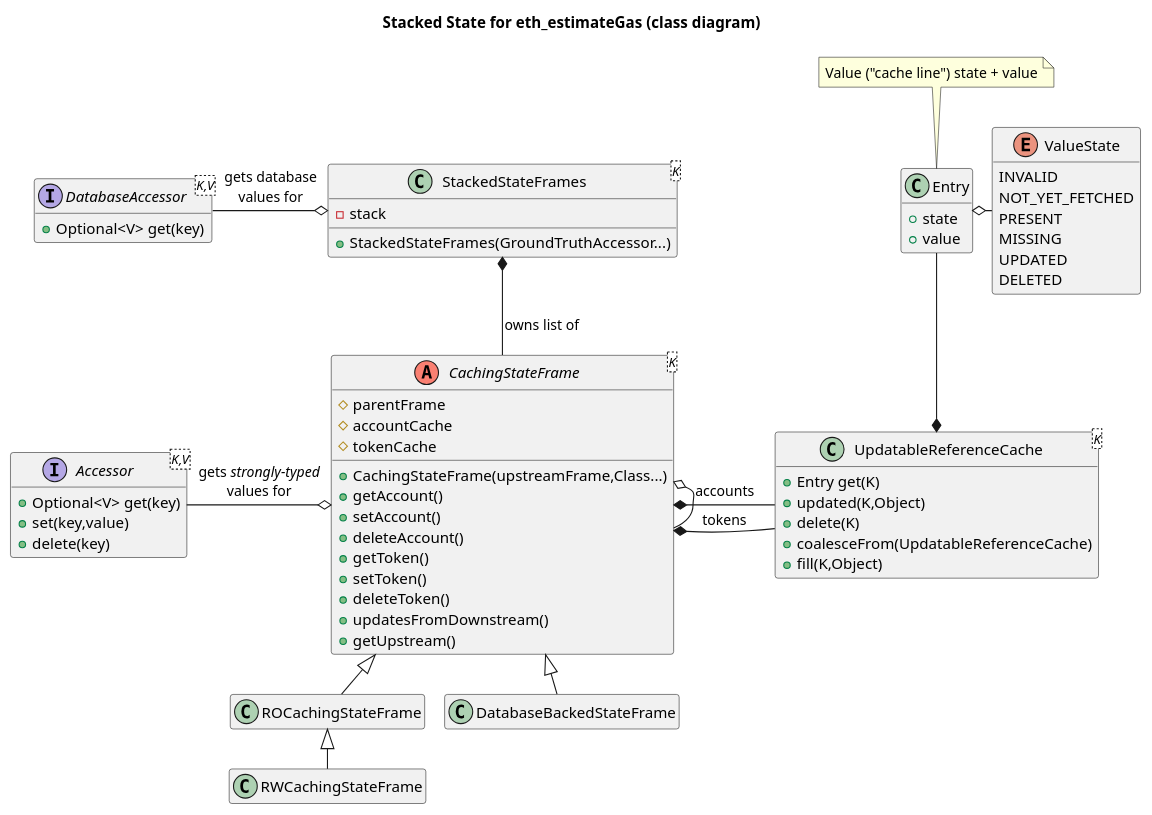
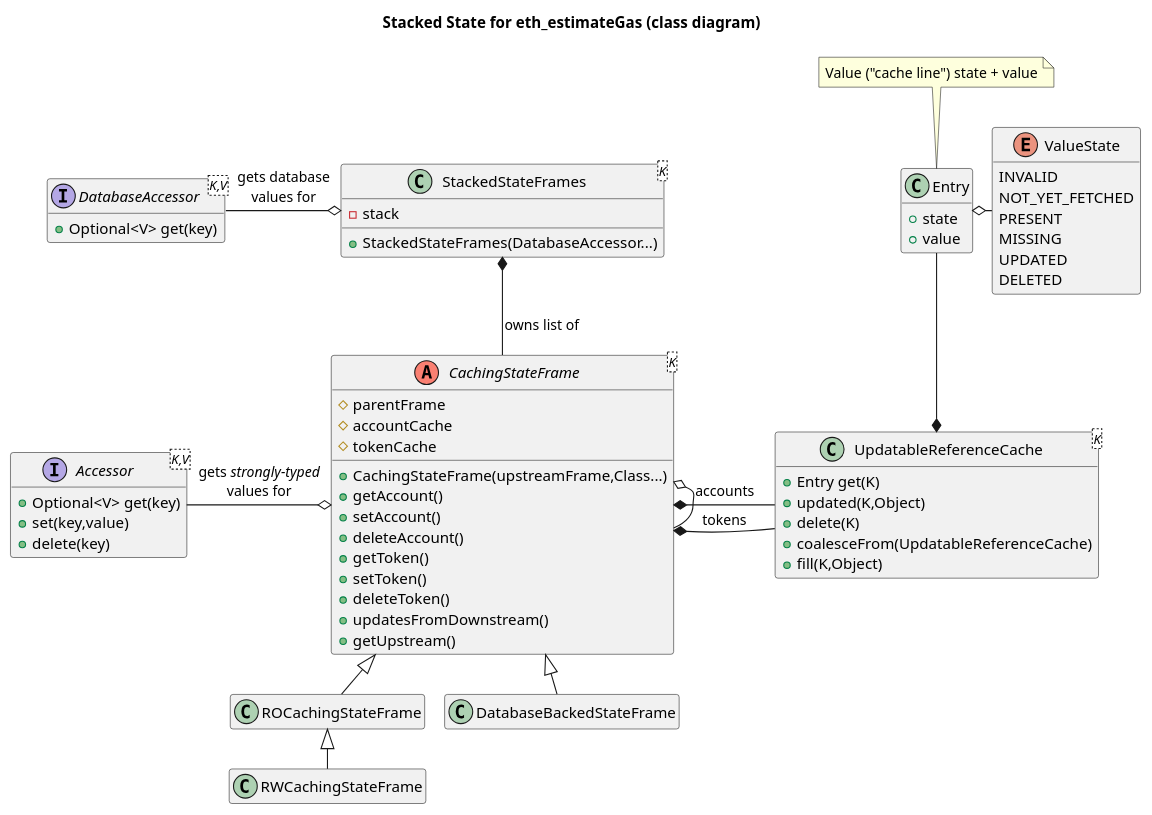
One commit to hashgraph/hedera-mirror-node changed the diagram in docs/design/images/ClassDiagram-StackedStateFrames.puml. Above: the diagram before and after it, drawn with PlantUML. The commit also changed 1 other file, not shown here.

Commit message:
Fix name in class diagram (CR comment)

```diff
--- a/docs/design/images/ClassDiagram-StackedStateFrames.puml
+++ b/docs/design/images/ClassDiagram-StackedStateFrames.puml
@@ -1,73 +1,73 @@
 @startuml
 !pragma layout smetana
 title Stacked State for eth_estimateGas (class diagram)
 hide empty members
 
 enum ValueState {
   INVALID
   NOT_YET_FETCHED
   PRESENT
   MISSING
   UPDATED
   DELETED
 }
 
 class Entry {
    +state
    +value
 }
 note top of Entry: Value ("cache line") state + value
 
 class UpdatableReferenceCache<K> {
   +Entry get(K)
   +updated(K,Object)
   +delete(K)
   +coalesceFrom(UpdatableReferenceCache)
   +fill(K,Object)
 }
 
 abstract CachingStateFrame<K> <<(A,salmon)>> {
   #parentFrame
   #accountCache
   #tokenCache
   +CachingStateFrame(upstreamFrame,Class...)
   +getAccount()
   +setAccount()
   +deleteAccount()
   +getToken()
   +setToken()
   +deleteToken()
   +updatesFromDownstream()
   +getUpstream()
 }
 
 interface Accessor<K,V> {
   +Optional<V> get(key)
   +set(key,value)
   +delete(key)
 }
 
 interface DatabaseAccessor<K,V> {
   +Optional<V> get(key)
 }
 
 class StackedStateFrames<K> {
   -stack
-  +StackedStateFrames(GroundTruthAccessor...)
+  +StackedStateFrames(DatabaseAccessor...)
 }
 
 Entry::state o-right- ValueState
 UpdatableReferenceCache::get *-up- Entry
 
 StackedStateFrames::stack *-- CachingStateFrame : owns list of
 CachingStateFrame::parentFrame o- CachingStateFrame
 CachingStateFrame::accountCache *- UpdatableReferenceCache : accounts
 CachingStateFrame::tokenCache *- UpdatableReferenceCache : tokens
 ROCachingStateFrame <|-- RWCachingStateFrame
 CachingStateFrame <|-- ROCachingStateFrame
 CachingStateFrame <|-- DatabaseBackedStateFrame
 CachingStateFrame o-left- Accessor : gets //strongly-typed//\nvalues for
 StackedStateFrames::StackedStateFrames o-left- DatabaseAccessor : gets database\nvalues for
 
 skinparam groupInheritance 2
 @enduml
```
